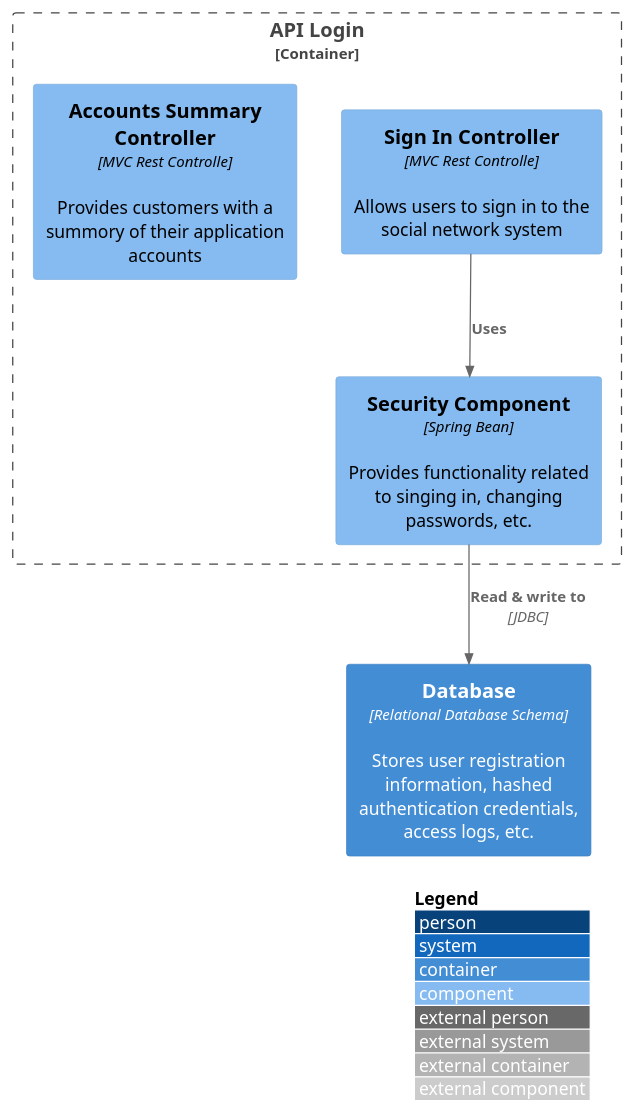
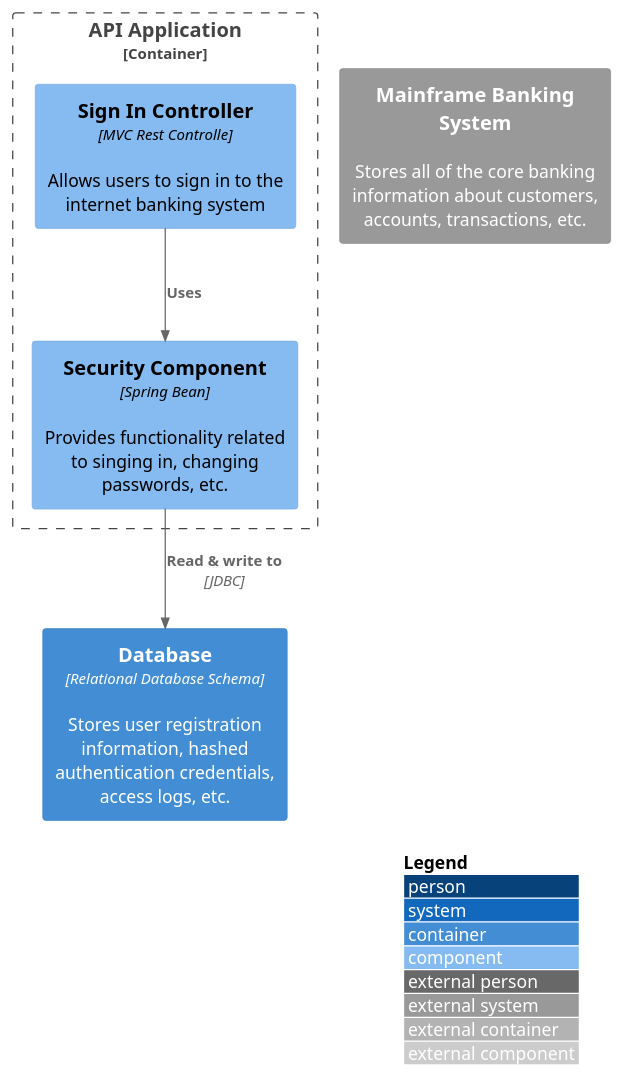
Before and after one commit to ertelsoares/Disciplinas-TSI: the diagram in C4-Analise-de-sistemas-2/ModeloArquiteturaC4/src/Red-Chat/API Login/container.puml, drawn with PlantUML. The commit also changed 1 other file, not shown here.

```diff
--- a/C4-Analise-de-sistemas-2/ModeloArquiteturaC4/src/Red-Chat/API Login/container.puml
+++ b/C4-Analise-de-sistemas-2/ModeloArquiteturaC4/src/Red-Chat/API Login/container.puml
@@ -1,24 +1,19 @@
 @startuml
 !include https://raw.githubusercontent.com/adrianvlupu/C4-PlantUML/latest/C4_Component.puml
 
 LAYOUT_WITH_LEGEND()
 
-' Container(spa, "Single Page Application", "javascript and react", "Provides all the social network functionality to customers via their web browser.")
-' Container(ma, "Mobile App", "Xamarin", "Provides a limited subset ot the social network functionality to customers via their mobile mobile device.")
-Container(dbLogin, "Database", "Relational Database Schema", "Stores user registration information, hashed authentication credentials, access logs, etc.")
 
-Container_Boundary(apiLogin, "API Login") {
-    Component(sign, "Sign In Controller", "MVC Rest Controlle", "Allows users to sign in to the social network system")
-    Component(accounts, "Accounts Summary Controller", "MVC Rest Controlle", "Provides customers with a summory of their application accounts")
+Container(db, "Database", "Relational Database Schema", "Stores user registration information, hashed authentication credentials, access logs, etc.")
+System_Ext(mbs, "Mainframe Banking System", "Stores all of the core banking information about customers, accounts, transactions, etc.")
+
+Container_Boundary(api, "API Application") {
+    Component(sign, "Sign In Controller", "MVC Rest Controlle", "Allows users to sign in to the internet banking system")
     Component(security, "Security Component", "Spring Bean", "Provides functionality related to singing in, changing passwords, etc.")
-    
+
     Rel(sign, security, "Uses")
-    Rel(security, dbLogin, "Read & write to", "JDBC")
+    Rel(security, db, "Read & write to", "JDBC")
 }
 
-' Rel(spa, sign, "Uses", "JSON/HTTPS")
-' Rel(spa, accounts, "Uses", "JSON/HTTPS")
 
-' Rel(ma, sign, "Uses", "JSON/HTTPS")
-' Rel(ma, accounts, "Uses", "JSON/HTTPS")
 @enduml
```
